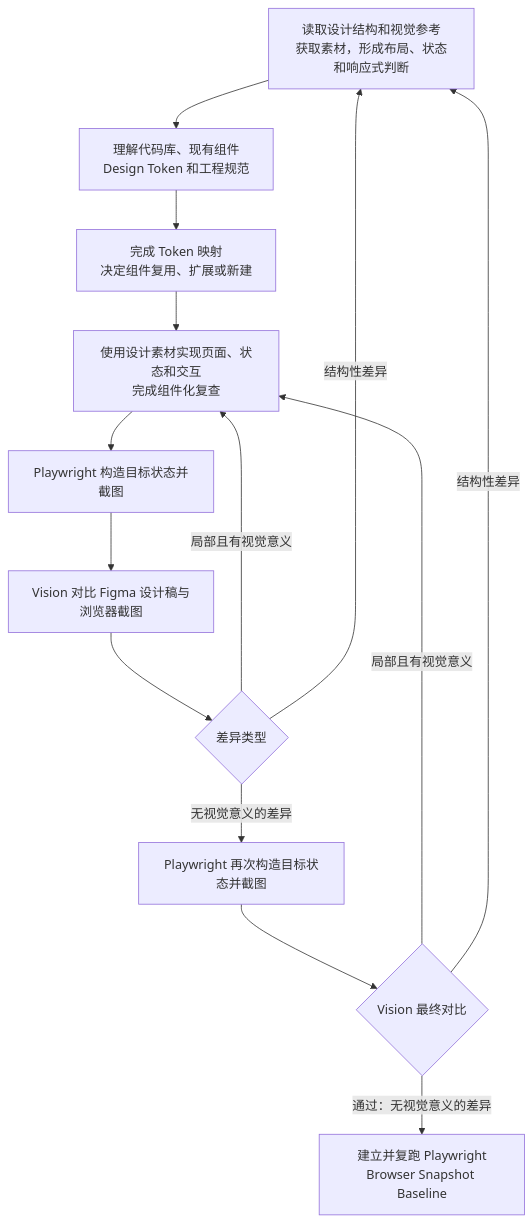
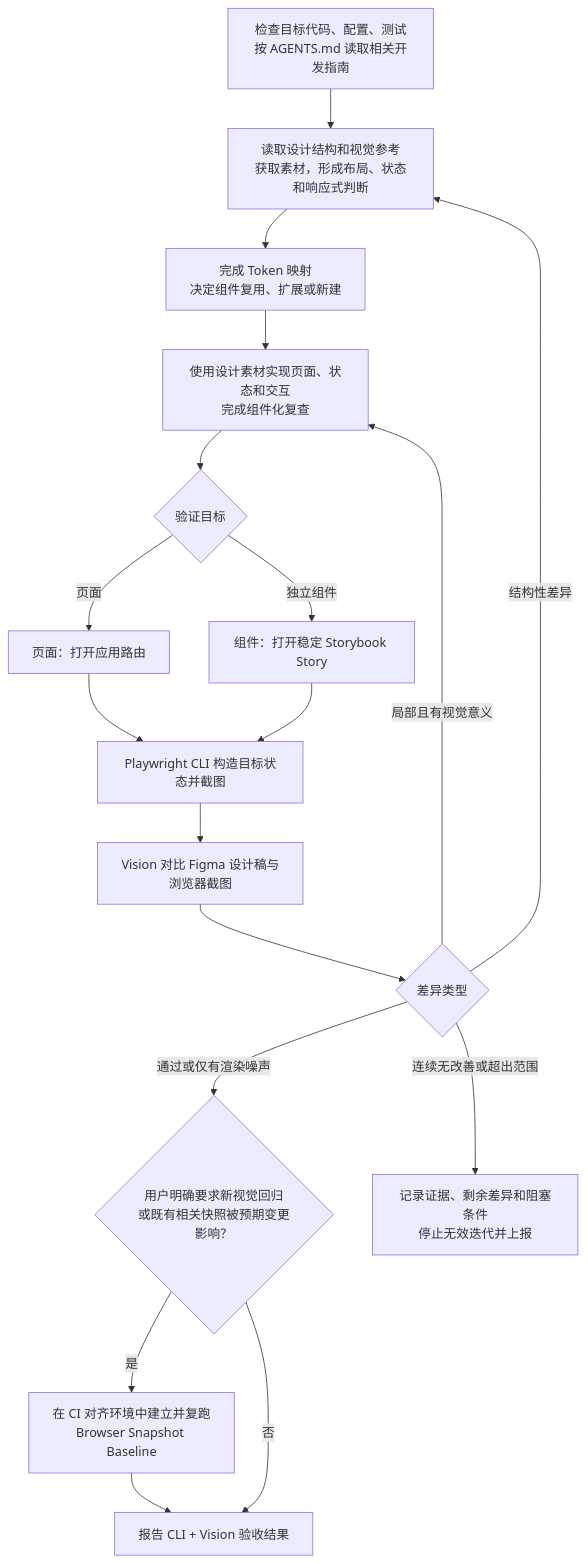
One commit to whatwg6/planet-h5-next-v2 changed the diagram in .agents/skills/planet-figma-to-code/SKILL.md. Above: the diagram before and after it, drawn with Mermaid. The commit also changed other lines of this file, not shown here.

````diff
--- a/.agents/skills/planet-figma-to-code/SKILL.md
+++ b/.agents/skills/planet-figma-to-code/SKILL.md
@@ -44,21 +44,28 @@
 ```mermaid
 flowchart TD
+  R["检查目标代码、配置、测试<br/>按 AGENTS.md 读取相关开发指南"]
   A["读取设计结构和视觉参考<br/>获取素材，形成布局、状态和响应式判断"]
-  B["理解代码库、现有组件<br/>Design Token 和工程规范"]
   C["完成 Token 映射<br/>决定组件复用、扩展或新建"]
   D["使用设计素材实现页面、状态和交互<br/>完成组件化复查"]
-  E["Playwright 构造目标状态并截图"]
+  V{"验证目标"}
+  P["页面：打开应用路由"]
+  S["组件：打开稳定 Storybook Story"]
+  E["Playwright CLI 构造目标状态并截图"]
   F["Vision 对比 Figma 设计稿与浏览器截图"]
   G{"差异类型"}
-  H["Playwright 再次构造目标状态并截图"]
-  I{"Vision 最终对比"}
-  J["建立并复跑 Playwright<br/>Browser Snapshot Baseline"]
+  Q{"用户明确要求新视觉回归<br/>或既有相关快照被预期变更影响？"}
+  J["在 CI 对齐环境中建立并复跑<br/>Browser Snapshot Baseline"]
+  K["报告 CLI + Vision 验收结果"]
+  X["记录证据、剩余差异和阻塞条件<br/>停止无效迭代并上报"]
 
-  A --> B --> C --> D --> E --> F --> G
+  R --> A --> C --> D --> V
+  V -- "页面" --> P --> E
+  V -- "独立组件" --> S --> E
+  E --> F --> G
   G -- "局部且有视觉意义" --> D
   G -- "结构性差异" --> A
-  G -- "无视觉意义的差异" --> H --> I
-  I -- "局部且有视觉意义" --> D
-  I -- "结构性差异" --> A
-  I -- "通过：无视觉意义的差异" --> J
+  G -- "通过或仅有渲染噪声" --> Q
+  G -- "连续无改善或超出范围" --> X
+  Q -- "是" --> J --> K
+  Q -- "否" --> K
 ```
````
